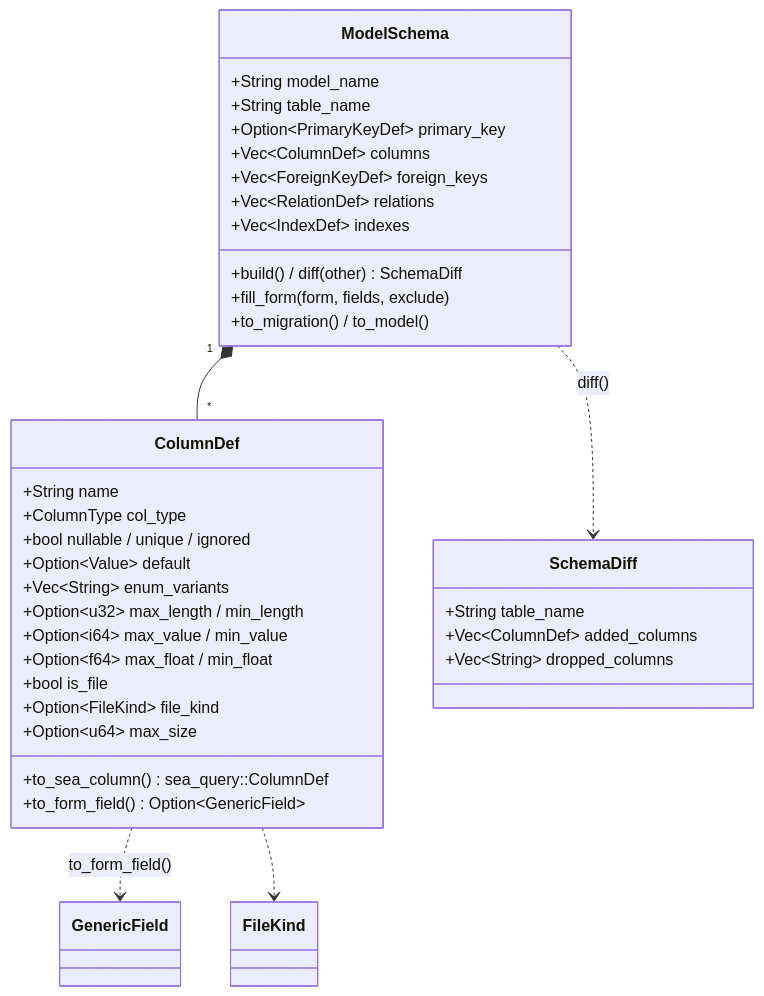
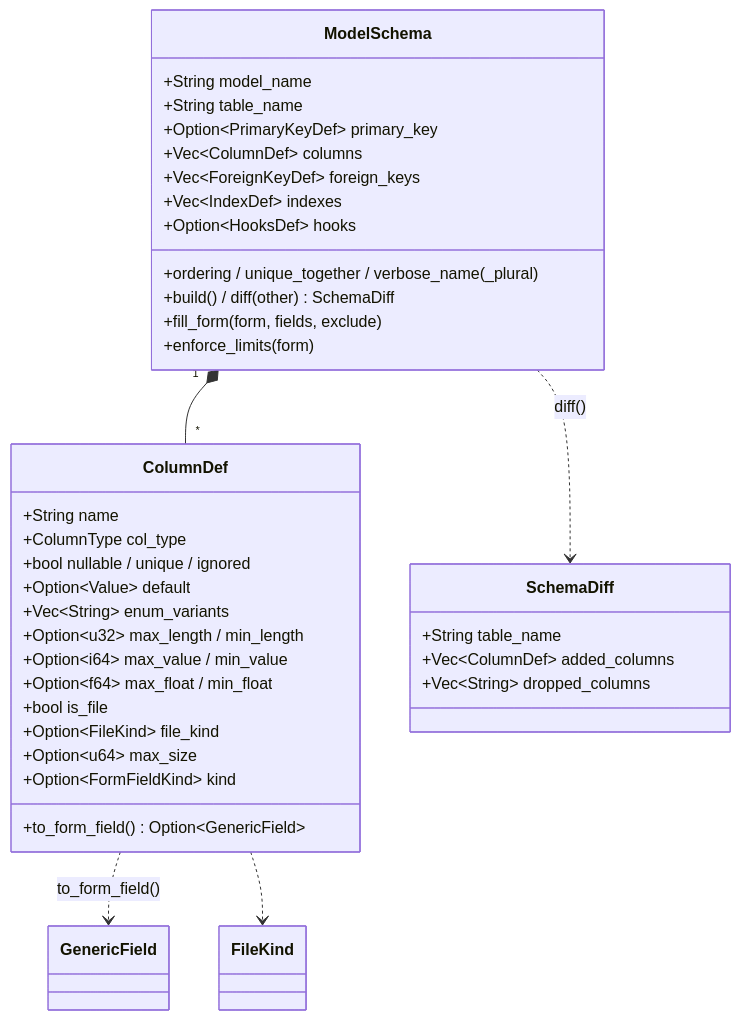
The diagram in diagramme/uml/migration/schema-et-diff.md (seb-alliot/runique), drawn with Mermaid before and after one commit. The commit also changed other lines of this file and 93 other files, not shown here.

````diff
--- a/diagramme/uml/migration/schema-et-diff.md
+++ b/diagramme/uml/migration/schema-et-diff.md
@@ -6,39 +6,40 @@
 ```mermaid
 classDiagram
     class ModelSchema {
         +String model_name
         +String table_name
         +Option~PrimaryKeyDef~ primary_key
         +Vec~ColumnDef~ columns
         +Vec~ForeignKeyDef~ foreign_keys
-        +Vec~RelationDef~ relations
         +Vec~IndexDef~ indexes
+        +Option~HooksDef~ hooks
+        +ordering / unique_together / verbose_name(_plural)
         +build() / diff(other) SchemaDiff
         +fill_form(form, fields, exclude)
-        +to_migration() / to_model()
+        +enforce_limits(form)
     }
     class ColumnDef {
         +String name
         +ColumnType col_type
         +bool nullable / unique / ignored
         +Option~Value~ default
         +Vec~String~ enum_variants
         +Option~u32~ max_length / min_length
         +Option~i64~ max_value / min_value
         +Option~f64~ max_float / min_float
         +bool is_file
         +Option~FileKind~ file_kind
         +Option~u64~ max_size
-        +to_sea_column() sea_query::ColumnDef
+        +Option~FormFieldKind~ kind
         +to_form_field() Option~GenericField~
     }
     class SchemaDiff {
         +String table_name
         +Vec~ColumnDef~ added_columns
         +Vec~String~ dropped_columns
     }
     ModelSchema "1" *-- "*" ColumnDef
     ModelSchema ..> SchemaDiff : diff()
     ColumnDef ..> GenericField : to_form_field()
     ColumnDef ..> FileKind
 ```
````
